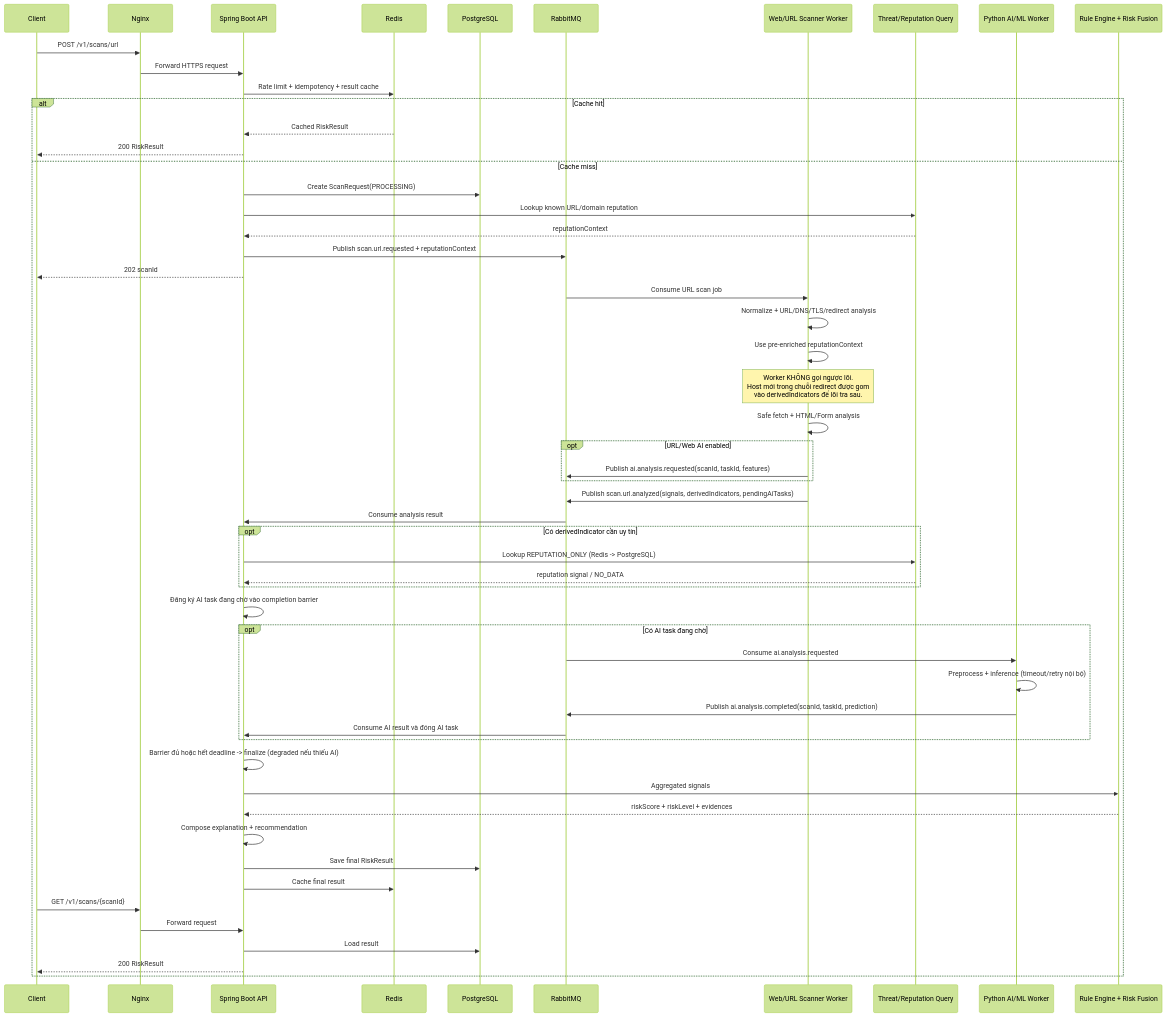
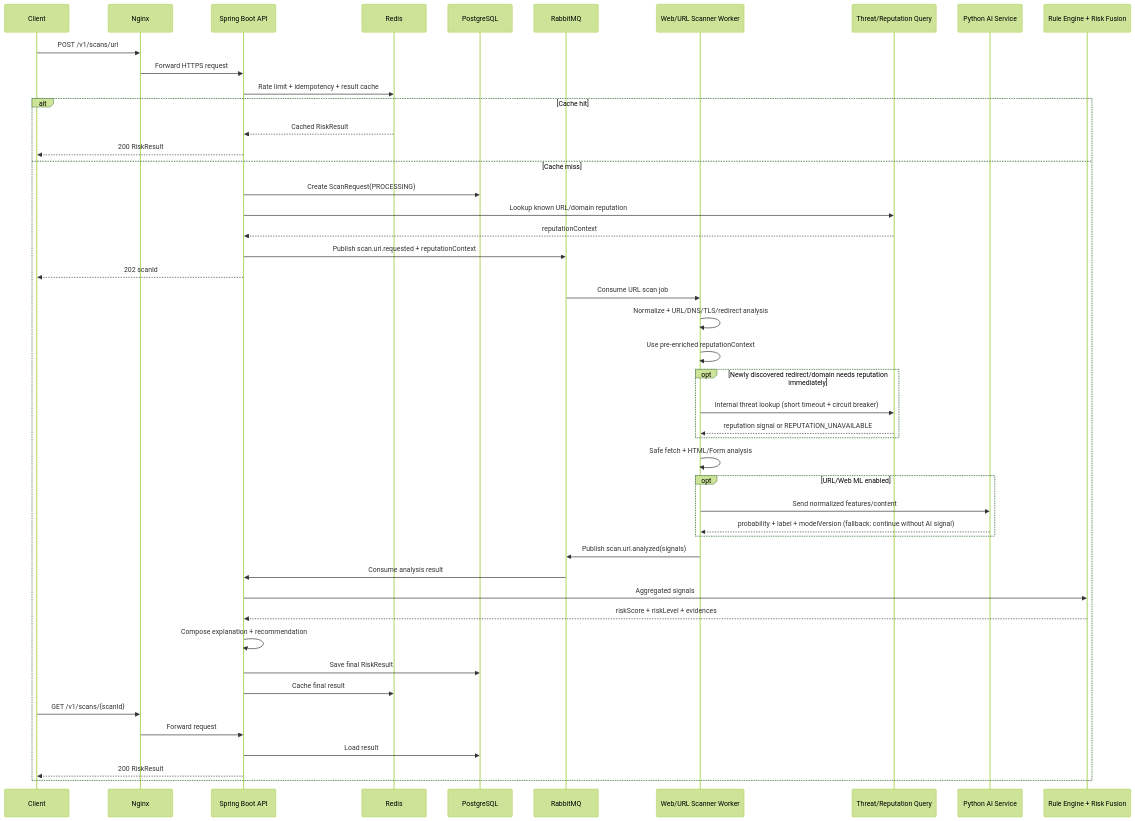
The seventh of 11 diagrams in architectures/architecture_v3.1.md (KLTN-2023-HCMSU/document), drawn with Mermaid (forest theme) before and after one commit. The commit also changed other lines of this file and 24 other files, not shown here.

````diff
--- a/architectures/architecture_v3.1.md
+++ b/architectures/architecture_v3.1.md
@@ -577,69 +552,57 @@
 ```mermaid
 sequenceDiagram
     participant C as Client
     participant N as Nginx
     participant A as Spring Boot API
     participant R as Redis
     participant DB as PostgreSQL
     participant Q as RabbitMQ
     participant W as Web/URL Scanner Worker
     participant T as Threat/Reputation Query
-    participant M as Python AI/ML Worker
+    participant M as Python AI Service
     participant F as Rule Engine + Risk Fusion
 
     C->>N: POST /v1/scans/url
     N->>A: Forward HTTPS request
     A->>R: Rate limit + idempotency + result cache
 
     alt Cache hit
         R-->>A: Cached RiskResult
         A-->>C: 200 RiskResult
     else Cache miss
         A->>DB: Create ScanRequest(PROCESSING)
         A->>T: Lookup known URL/domain reputation
         T-->>A: reputationContext
         A->>Q: Publish scan.url.requested + reputationContext
         A-->>C: 202 scanId
 
         Q->>W: Consume URL scan job
         W->>W: Normalize + URL/DNS/TLS/redirect analysis
         W->>W: Use pre-enriched reputationContext
 
-        Note over W: Worker KHÔNG gọi ngược lõi.<br/>Host mới trong chuỗi redirect được gom<br/>vào derivedIndicators để lõi tra sau.
+        opt Newly discovered redirect/domain needs reputation immediately
+            W->>T: Internal threat lookup (short timeout + circuit breaker)
+            T-->>W: reputation signal or REPUTATION_UNAVAILABLE
+        end
 
         W->>W: Safe fetch + HTML/Form analysis
 
-        opt URL/Web AI enabled
-            W->>Q: Publish ai.analysis.requested(scanId, taskId, features)
+        opt URL/Web ML enabled
+            W->>M: Send normalized features/content
+            M-->>W: probability + label + modelVersion (fallback: continue without AI signal)
         end
 
-        W->>Q: Publish scan.url.analyzed(signals, derivedIndicators, pendingAiTasks)
+        W->>Q: Publish scan.url.analyzed(signals)
         Q->>A: Consume analysis result
-
-        opt Có derivedIndicator cần uy tín
-            A->>T: Lookup REPUTATION_ONLY (Redis -> PostgreSQL)
-            T-->>A: reputation signal / NO_DATA
-        end
-
-        A->>A: Đăng ký AI task đang chờ vào completion barrier
-
-        opt Có AI task đang chờ
-            Q->>M: Consume ai.analysis.requested
-            M->>M: Preprocess + inference (timeout/retry nội bộ)
-            M->>Q: Publish ai.analysis.completed(scanId, taskId, prediction)
-            Q->>A: Consume AI result và đóng AI task
-        end
-
-        A->>A: Barrier đủ hoặc hết deadline -> finalize (degraded nếu thiếu AI)
         A->>F: Aggregated signals
         F-->>A: riskScore + riskLevel + evidences
         A->>A: Compose explanation + recommendation
         A->>DB: Save final RiskResult
         A->>R: Cache final result
 
         C->>N: GET /v1/scans/{scanId}
         N->>A: Forward request
         A->>DB: Load result
         A-->>C: 200 RiskResult
     end
 ```
````
